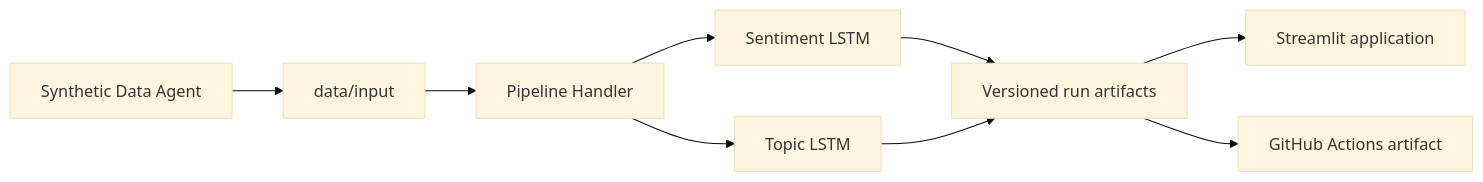
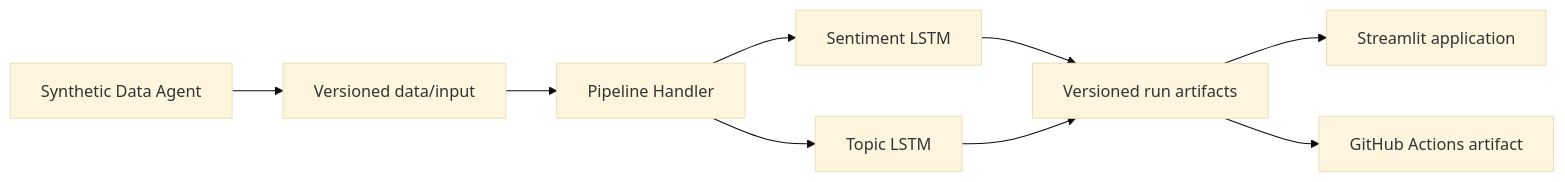
The diagram in README.md (ozsp12/lstm_for_the_win), drawn with Mermaid (base theme) before and after one commit. The commit also changed other lines of this file and 16 other files, not shown here.

````diff
--- a/README.md
+++ b/README.md
@@ -12,11 +12,11 @@
 ```mermaid
 flowchart LR
-    A["Synthetic Data Agent"] --> B["data/input"]
+    A["Synthetic Data Agent"] --> B["Versioned data/input"]
     B --> C["Pipeline Handler"]
     C --> D["Sentiment LSTM"]
     C --> E["Topic LSTM"]
     D --> F["Versioned run artifacts"]
     E --> F
     F --> G["Streamlit application"]
     F --> H["GitHub Actions artifact"]
 ```
````
